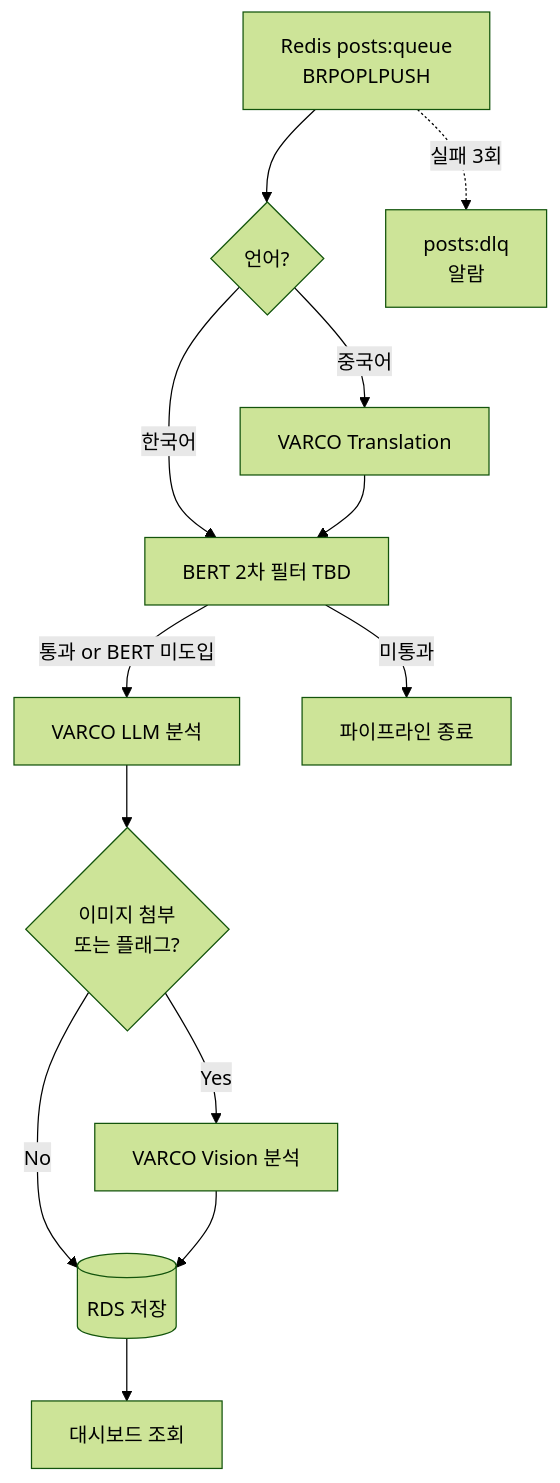
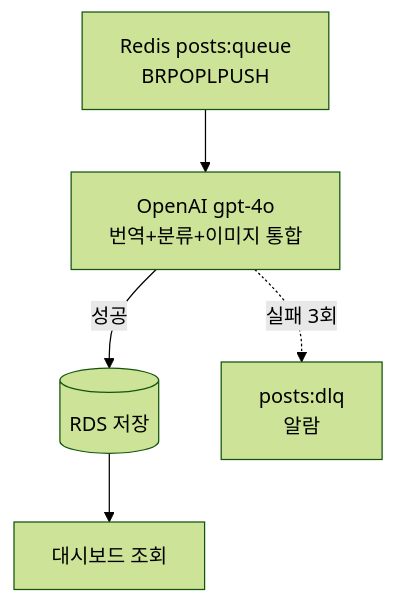
One commit to gitjay3/261RCOSE45700 changed the sixth of 6 diagrams in tracker_기획서.md. Above: the diagram before and after it, drawn with Mermaid (forest theme). The commit also changed other lines of this file and 7 other files, not shown here.

````diff
--- a/tracker_기획서.md
+++ b/tracker_기획서.md
@@ -362,15 +367,7 @@
 ```mermaid
 flowchart TD
-    A[Redis posts:queue<br/>BRPOPLPUSH] --> B{언어?}
-    B -->|중국어| C[VARCO Translation]
-    B -->|한국어| D[BERT 2차 필터 TBD]
-    C --> D
-    D -->|통과 or BERT 미도입| E[VARCO LLM 분석]
-    D -->|미통과| X[파이프라인 종료]
-    E --> F{이미지 첨부<br/>또는 플래그?}
-    F -->|Yes| G[VARCO Vision 분석]
-    F -->|No| H[(RDS 저장)]
-    G --> H
-    H --> I[대시보드 조회]
-    A -.실패 3회.-> Z[posts:dlq<br/>알람]
+    A[Redis posts:queue<br/>BRPOPLPUSH] --> B[OpenAI gpt-4o<br/>번역+분류+이미지 통합]
+    B -->|성공| C[(RDS 저장)]
+    C --> D[대시보드 조회]
+    B -.실패 3회.-> Z[posts:dlq<br/>알람]
 ```
````
